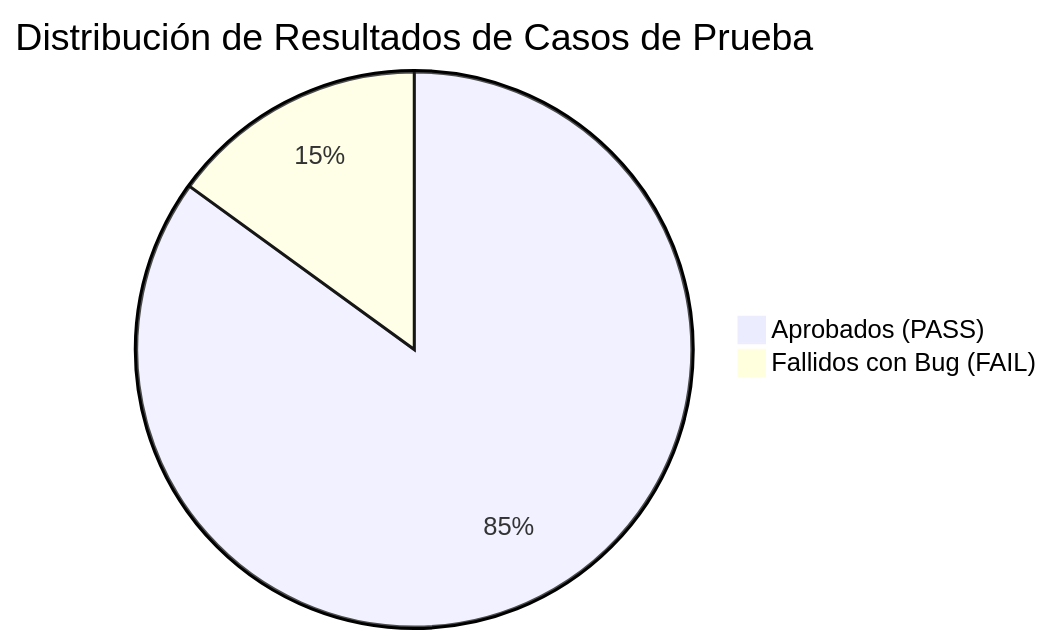
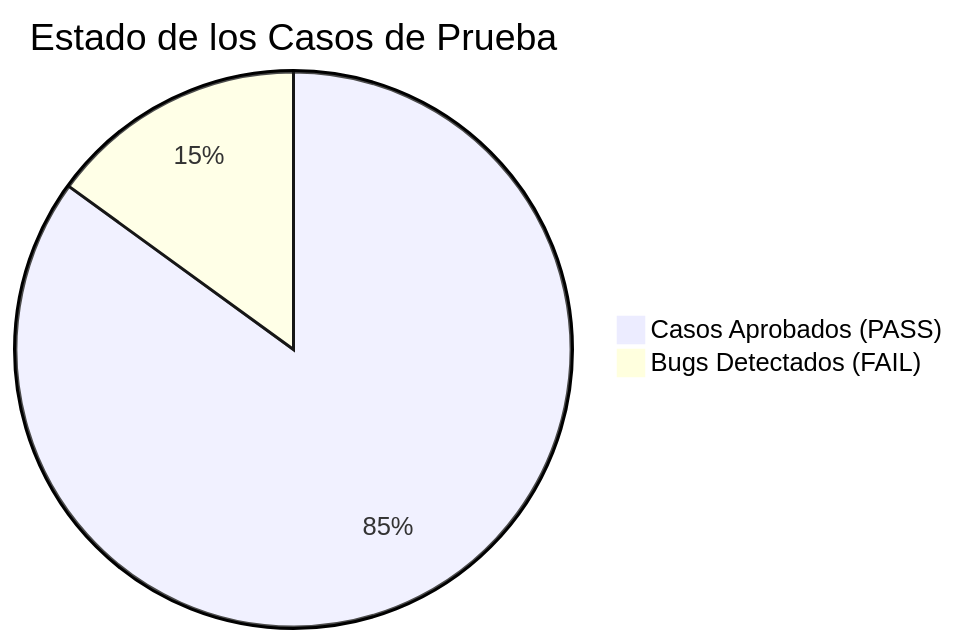
The second of 2 diagrams in README.md (davidsc159/qa-manual-testing-portfolio), drawn with Mermaid before and after one commit. The commit also changed other lines of this file, not shown here.

````diff
--- a/README.md
+++ b/README.md
@@ -50,5 +52,5 @@
 ```mermaid
-pie title Distribución de Resultados de Casos de Prueba
-    "Aprobados (PASS)" : 17
-    "Fallidos con Bug (FAIL)" : 3
+pie title Estado de los Casos de Prueba
+    "Casos Aprobados (PASS)" : 17
+    "Bugs Detectados (FAIL)" : 3
 ```
````
